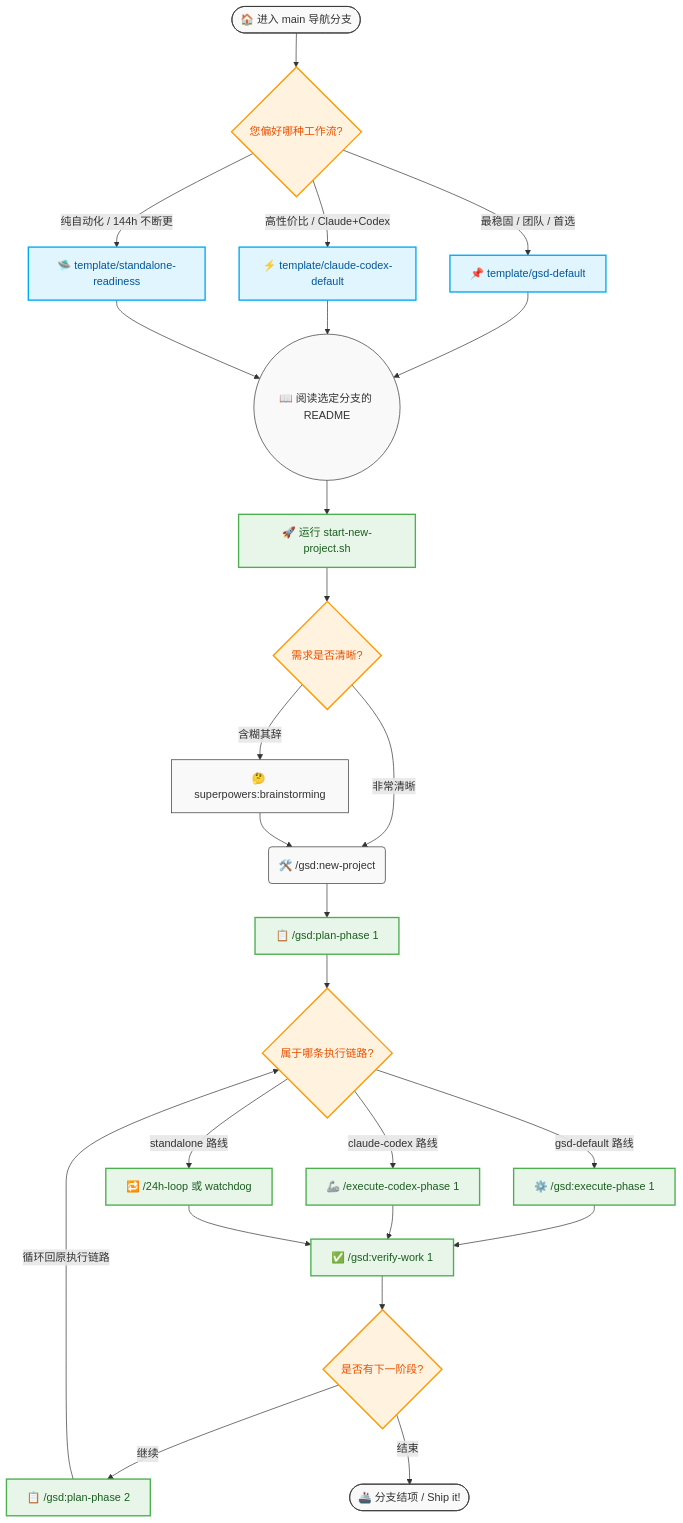
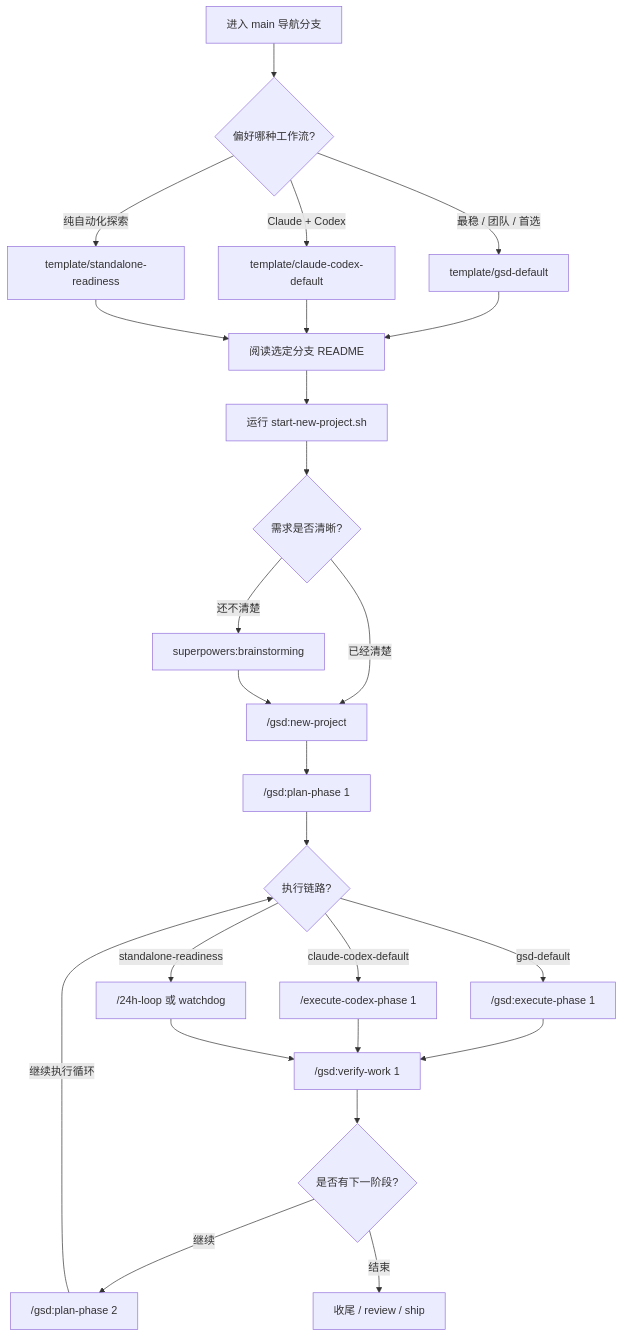
One commit to adongwanai/VibeTemplate changed the diagram in README.md. Above: the diagram before and after it, drawn with Mermaid.

Commit message:
docs: fix main mermaid flowchart for github

````diff
--- a/README.md
+++ b/README.md
@@ -29,39 +29,33 @@
 ```mermaid
 flowchart TD
-    %% Define Styles
-    classDef default fill:#f9f9f9,stroke:#333,stroke-width:1px
-    classDef branch fill:#e1f5fe,stroke:#03a9f4,stroke-width:2px,color:#01579b
-    classDef action fill:#e8f5e9,stroke:#4caf50,stroke-width:2px,color:#1b5e20
-    classDef decision fill:#fff3e0,stroke:#ff9800,stroke-width:2px,color:#e65100
+    A["进入 main 导航分支"] --> B{"偏好哪种工作流?"}
+    B -->|"最稳 / 团队 / 首选"| C["template/gsd-default"]
+    B -->|"Claude + Codex"| D["template/claude-codex-default"]
+    B -->|"纯自动化探索"| E["template/standalone-readiness"]
 
-    A([🏠 进入 main 导航分支]) --> B{您偏好哪种工作流?}:::decision
-    B -->|最稳固 / 团队 / 首选| C[📌 template/gsd-default]:::branch
-    B -->|高性价比 / Claude+Codex| D[⚡ template/claude-codex-default]:::branch
-    B -->|纯自动化 / 144h 不断更| E[🛸 template/standalone-readiness]:::branch
-
-    C --> F((📖 阅读选定分支的 README))
+    C --> F["阅读选定分支 README"]
     D --> F
     E --> F
 
-    F --> G[🚀 运行 start-new-project.sh]:::action
-    G --> H{需求是否清晰?}:::decision
-    H -->|含糊其辞| I[🤔 superpowers:brainstorming]
-    H -->|非常清晰| J(🛠️ /gsd:new-project)
+    F --> G["运行 start-new-project.sh"]
+    G --> H{"需求是否清晰?"}
+    H -->|"还不清楚"| I["superpowers:brainstorming"]
+    H -->|"已经清楚"| J["/gsd:new-project"]
     I --> J
 
-    J --> K[📋 /gsd:plan-phase 1]:::action
-    K --> L{属于哪条执行链路?}:::decision
+    J --> K["/gsd:plan-phase 1"]
+    K --> L{"执行链路?"}
     
-    L -->|gsd-default 路线| M[⚙️ /gsd:execute-phase 1]:::action
-    L -->|claude-codex 路线| N[🦾 /execute-codex-phase 1]:::action
-    L -->|standalone 路线| O[🔁 /24h-loop 或 watchdog]:::action
+    L -->|"gsd-default"| M["/gsd:execute-phase 1"]
+    L -->|"claude-codex-default"| N["/execute-codex-phase 1"]
+    L -->|"standalone-readiness"| O["/24h-loop 或 watchdog"]
 
-    M --> P[✅ /gsd:verify-work 1]:::action
+    M --> P["/gsd:verify-work 1"]
     N --> P
     O --> P
     
-    P --> Q{是否有下一阶段?}:::decision
-    Q -->|继续| R[📋 /gsd:plan-phase 2]:::action
-    R -->|循环回原执行链路| L
-    Q -->|结束| S([🚢 分支结项 / Ship it!])
+    P --> Q{"是否有下一阶段?"}
+    Q -->|"继续"| R["/gsd:plan-phase 2"]
+    R -->|"继续执行循环"| L
+    Q -->|"结束"| S["收尾 / review / ship"]
 ```
````
